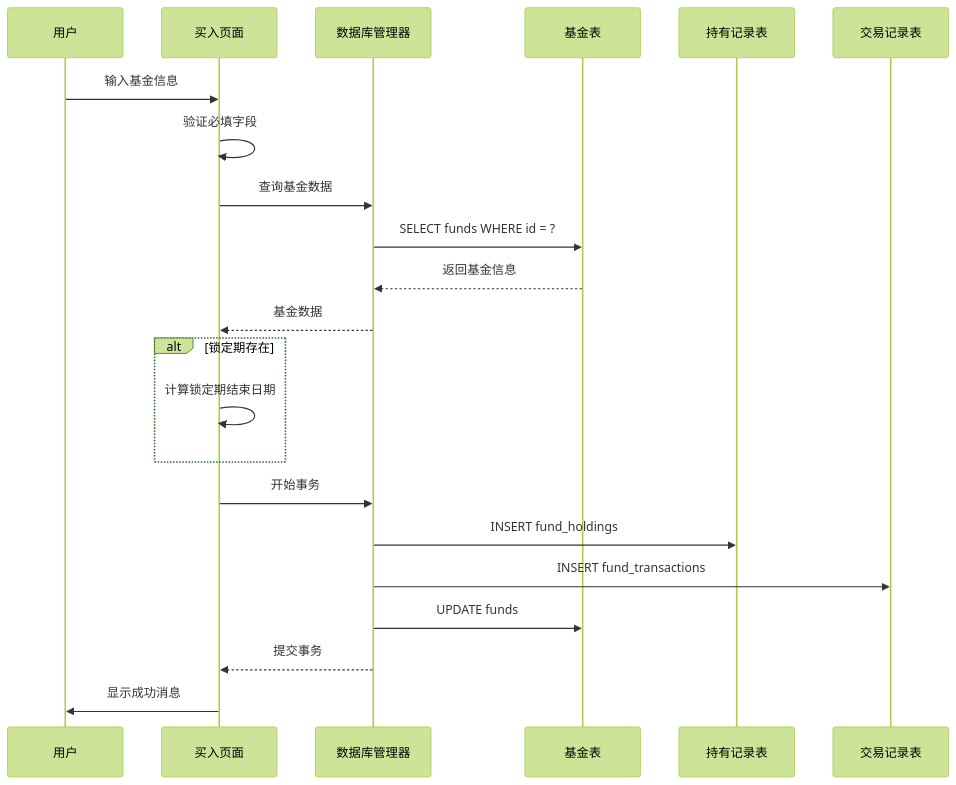
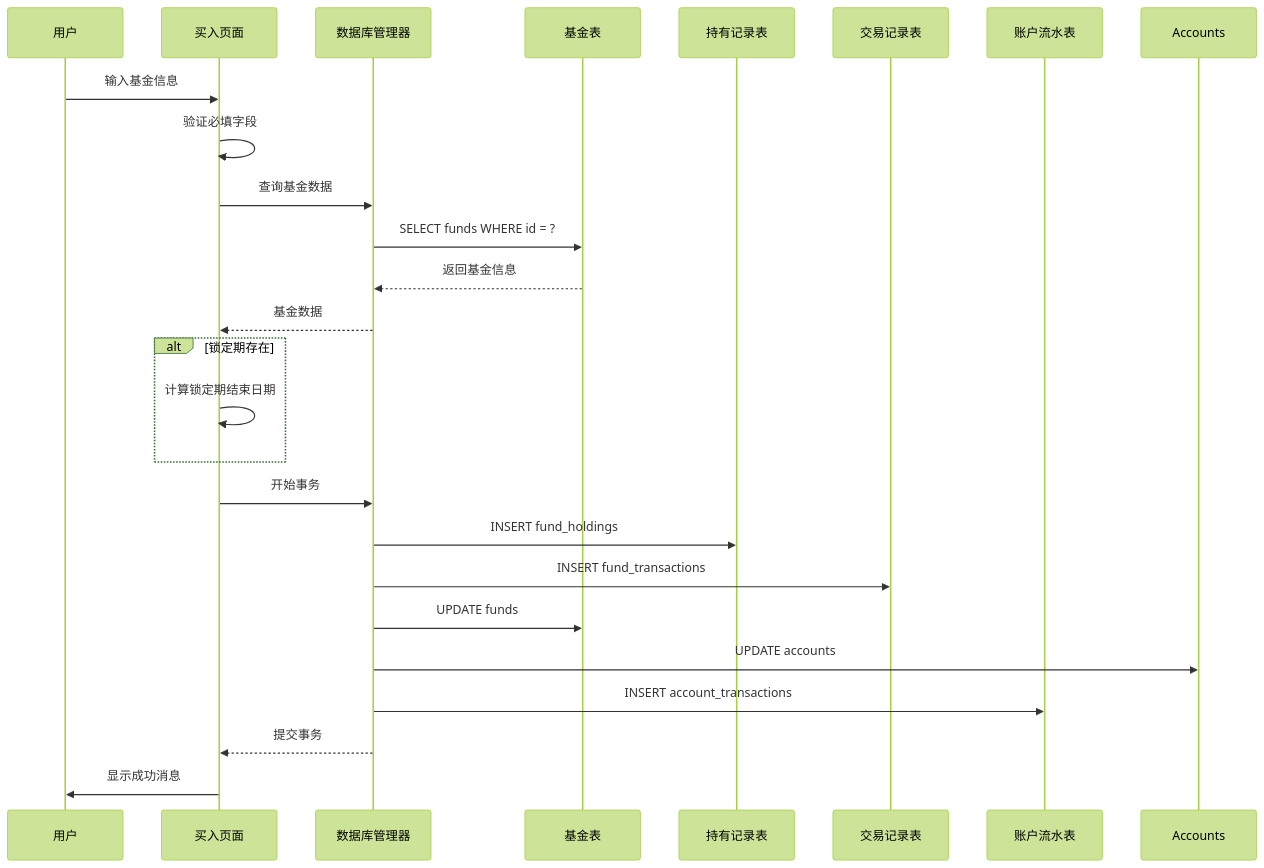
Before and after one commit to xiao-lin-unit/yuan: the fourth of 8 diagrams in .qoder/repowiki/zh/content/资产管理/基金管理.md, drawn with Mermaid (forest theme). The commit also changed other lines of this file and 9 other files, not shown here.

````diff
--- a/.qoder/repowiki/zh/content/资产管理/基金管理.md
+++ b/.qoder/repowiki/zh/content/资产管理/基金管理.md
@@ -211,24 +233,27 @@
 ```mermaid
 sequenceDiagram
 participant User as 用户
 participant BuyPage as 买入页面
 participant DB as 数据库管理器
 participant Funds as 基金表
 participant Holdings as 持有记录表
 participant Transactions as 交易记录表
+participant AccountTransactions as 账户流水表
 User->>BuyPage : 输入基金信息
 BuyPage->>BuyPage : 验证必填字段
 BuyPage->>DB : 查询基金数据
 DB->>Funds : SELECT funds WHERE id = ?
 Funds-->>DB : 返回基金信息
 DB-->>BuyPage : 基金数据
 alt 锁定期存在
 BuyPage->>BuyPage : 计算锁定期结束日期
 end
 BuyPage->>DB : 开始事务
 DB->>Holdings : INSERT fund_holdings
 DB->>Transactions : INSERT fund_transactions
 DB->>Funds : UPDATE funds
+DB->>Accounts : UPDATE accounts
+DB->>AccountTransactions : INSERT account_transactions
 DB-->>BuyPage : 提交事务
 BuyPage->>User : 显示成功消息
 ```
````
